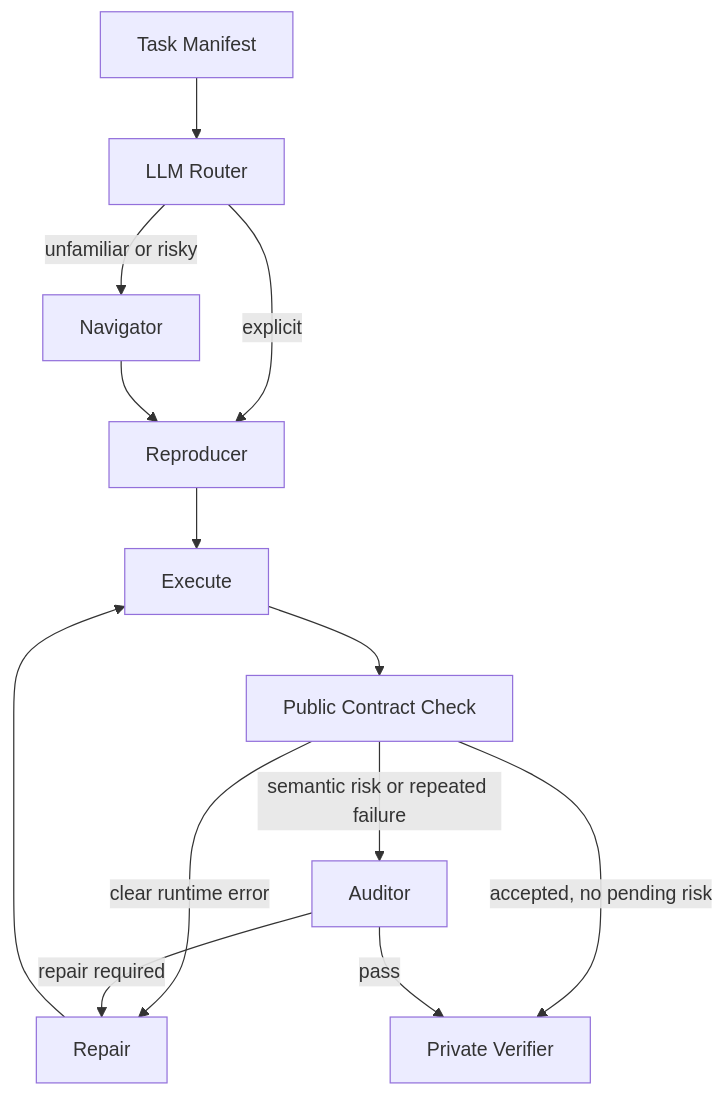
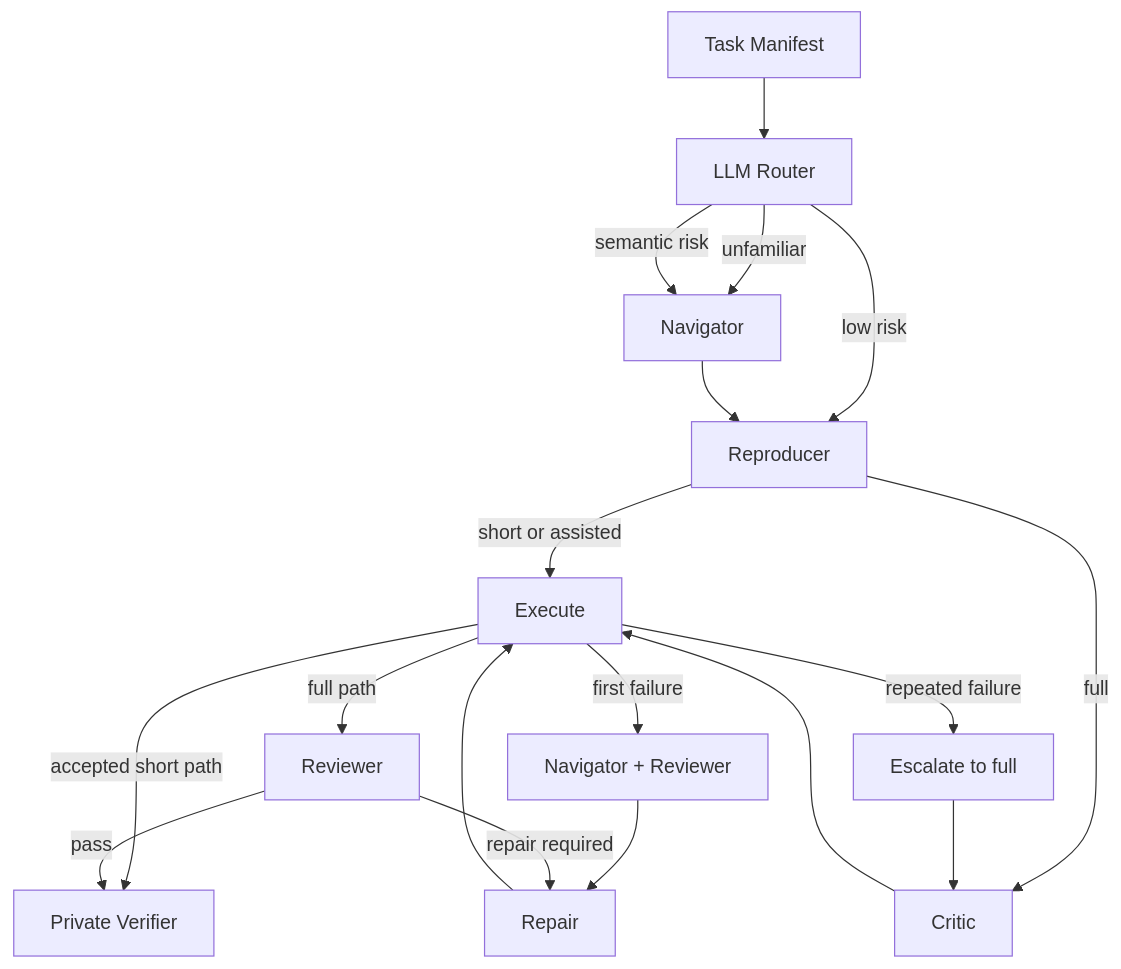
The diagram in README.md (MRPRESIDENT66/repro-agent), drawn with Mermaid before and after one commit. The commit also changed other lines of this file and 20 other files, not shown here.

````diff
--- a/README.md
+++ b/README.md
@@ -22,15 +11,20 @@
 ```mermaid
 flowchart TD
-    M["Task Manifest"] --> R["LLM Router"]
-    R -->|explicit| P["Reproducer"]
-    R -->|unfamiliar or risky| N["Navigator"]
+    T["Task Manifest"] --> R["LLM Router"]
+    R -->|low risk| P["Reproducer"]
+    R -->|unfamiliar| N["Navigator"]
+    R -->|semantic risk| N
     N --> P
-    P --> E["Execute"]
-    E --> C["Public Contract Check"]
-    C -->|clear runtime error| X["Repair"]
-    C -->|semantic risk or repeated failure| A["Auditor"]
-    A -->|repair required| X
+    P -->|short or assisted| E["Execute"]
+    P -->|full| C["Critic"]
+    C --> E
+    E -->|first failure| D["Navigator + Reviewer"]
+    D --> X["Repair"]
     X --> E
-    C -->|accepted, no pending risk| V["Private Verifier"]
-    A -->|pass| V
+    E -->|repeated failure| F["Escalate to full"]
+    F --> C
+    E -->|accepted short path| V["Private Verifier"]
+    E -->|full path| W["Reviewer"]
+    W -->|pass| V
+    W -->|repair required| X
 ```
````
